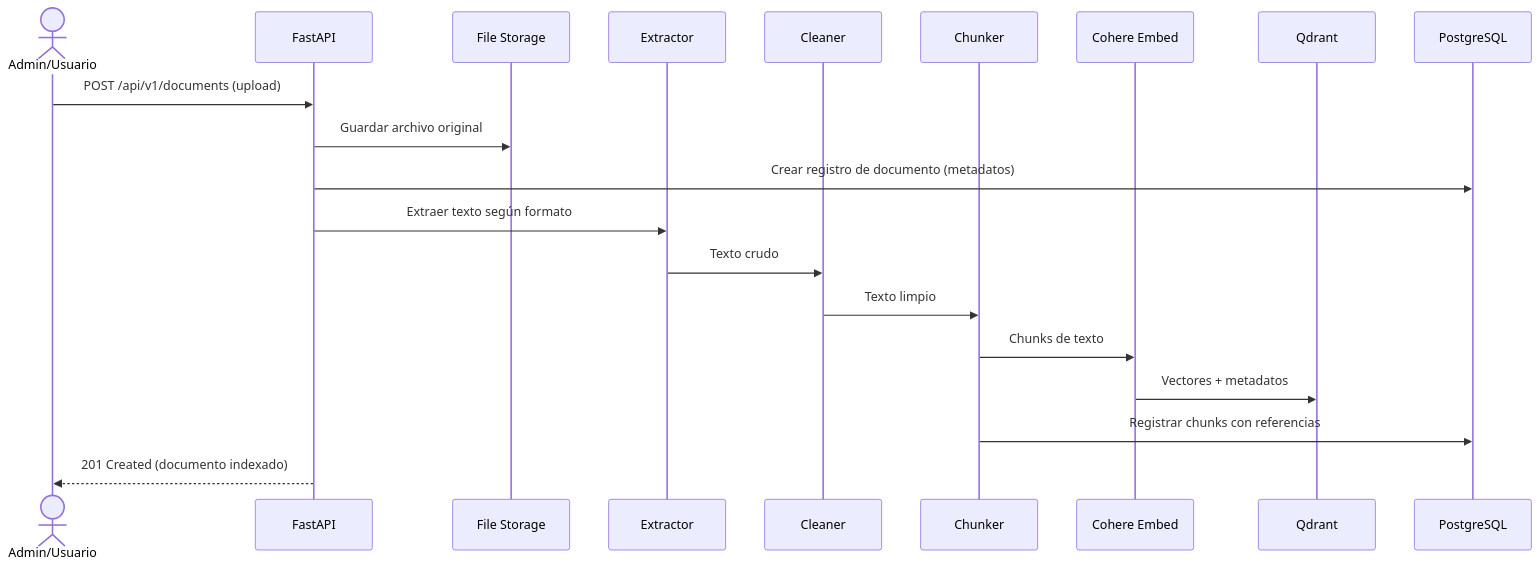
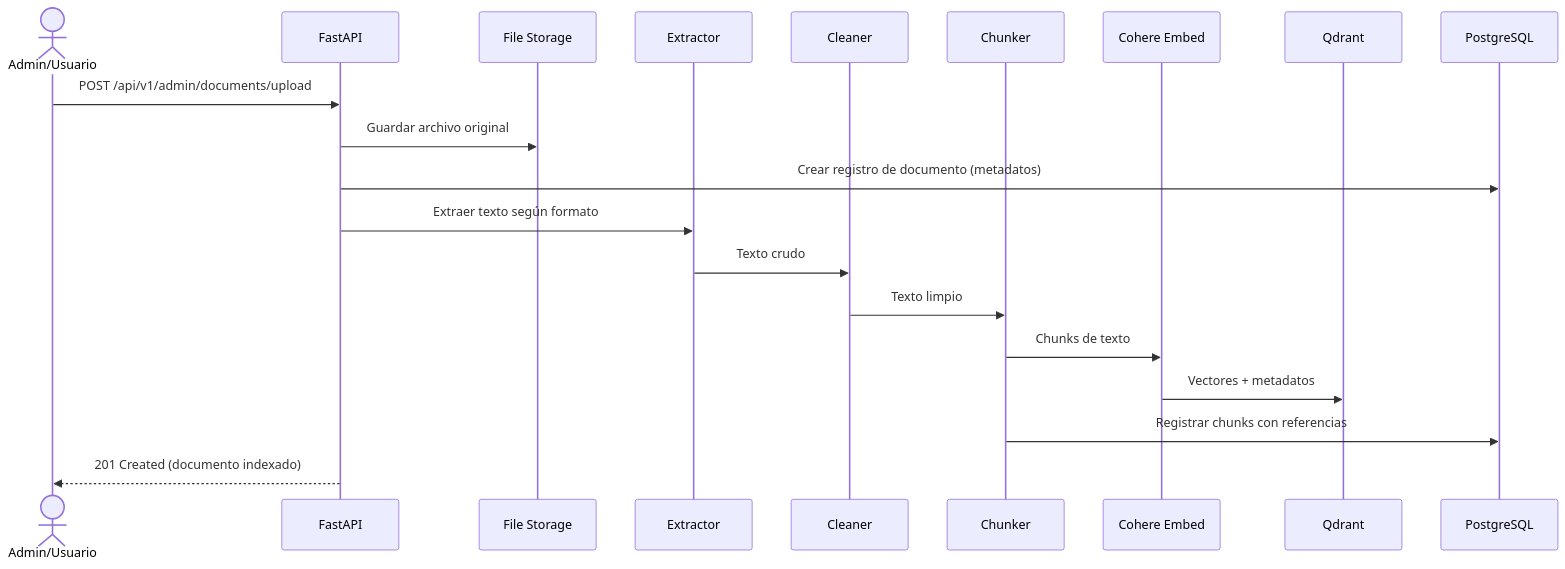
Before and after one commit to EzequielAngel0/DocuAgent: the second of 3 diagrams in docs/architecture/system-overview.md, drawn with Mermaid. The commit also changed other lines of this file and 12 other files, not shown here.

````diff
--- a/docs/architecture/system-overview.md
+++ b/docs/architecture/system-overview.md
@@ -144,23 +144,23 @@
 ```mermaid
 sequenceDiagram
     actor U as Admin/Usuario
     participant API as FastAPI
     participant FS as File Storage
     participant EX as Extractor
     participant CL as Cleaner
     participant CH as Chunker
     participant CE as Cohere Embed
     participant QD as Qdrant
     participant PG as PostgreSQL
 
-    U->>API: POST /api/v1/documents (upload)
+    U->>API: POST /api/v1/admin/documents/upload
     API->>FS: Guardar archivo original
     API->>PG: Crear registro de documento (metadatos)
     API->>EX: Extraer texto según formato
     EX->>CL: Texto crudo
     CL->>CH: Texto limpio
     CH->>CE: Chunks de texto
     CE->>QD: Vectores + metadatos
     CH->>PG: Registrar chunks con referencias
     API-->>U: 201 Created (documento indexado)
 ```
````
